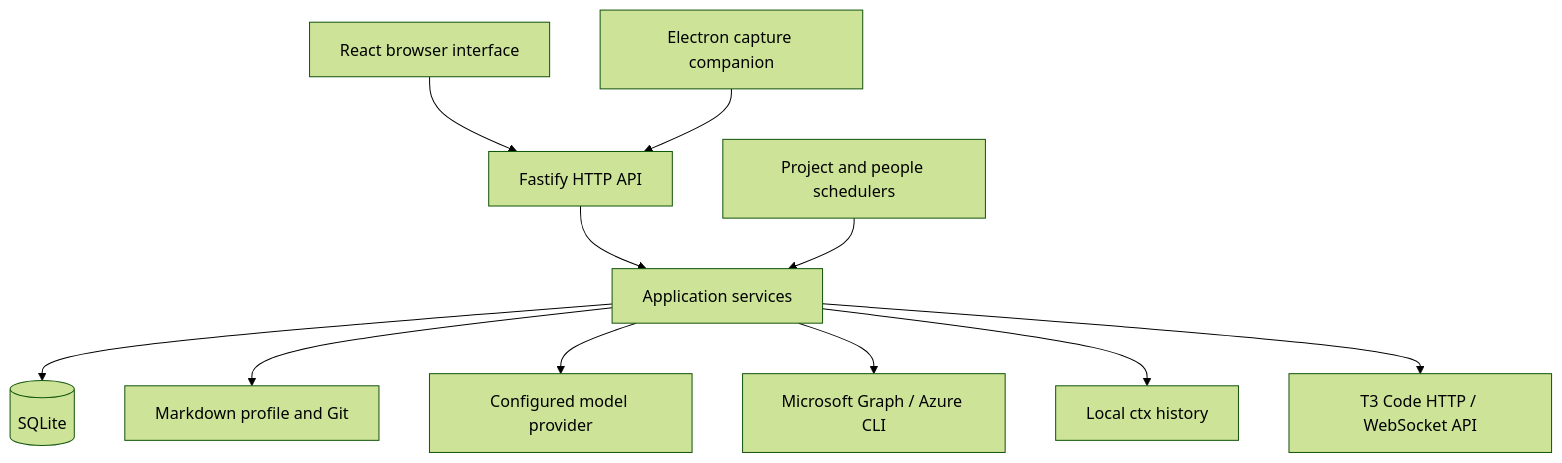
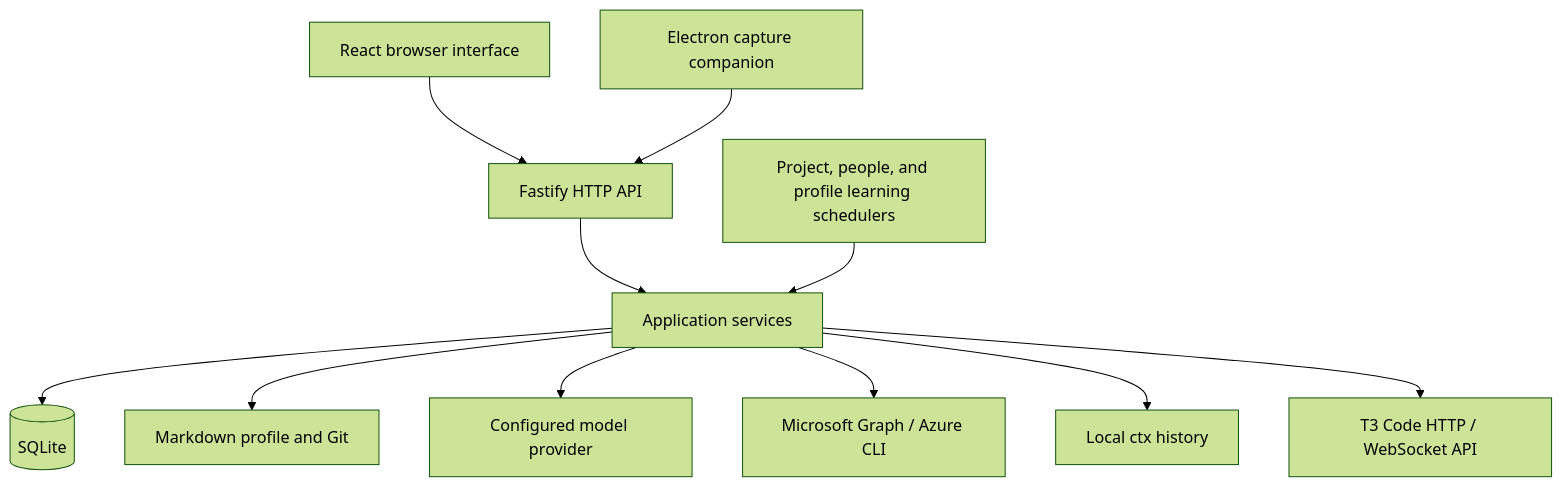
One commit to UrsLange/panopticon changed the diagram in docs/architecture.md. Above: the diagram before and after it, drawn with Mermaid (forest theme). The commit also changed other lines of this file and 8 other files, not shown here.

Commit message:
feat(profile): expose daily learning status and manual runs

````diff
--- a/docs/architecture.md
+++ b/docs/architecture.md
@@ -7,13 +7,13 @@
 ```mermaid
 flowchart TD
     Browser[React browser interface] --> HTTP[Fastify HTTP API]
     Desktop[Electron capture companion] --> HTTP
     HTTP --> Core[Application services]
-    Schedulers[Project and people schedulers] --> Core
+    Schedulers[Project, people, and profile learning schedulers] --> Core
     Core --> SQLite[(SQLite)]
     Core --> Profile[Markdown profile and Git]
     Core --> Model[Configured model provider]
     Core --> Graph[Microsoft Graph / Azure CLI]
     Core --> CTX[Local ctx history]
     Core --> T3[T3 Code HTTP / WebSocket API]
 ```
````
